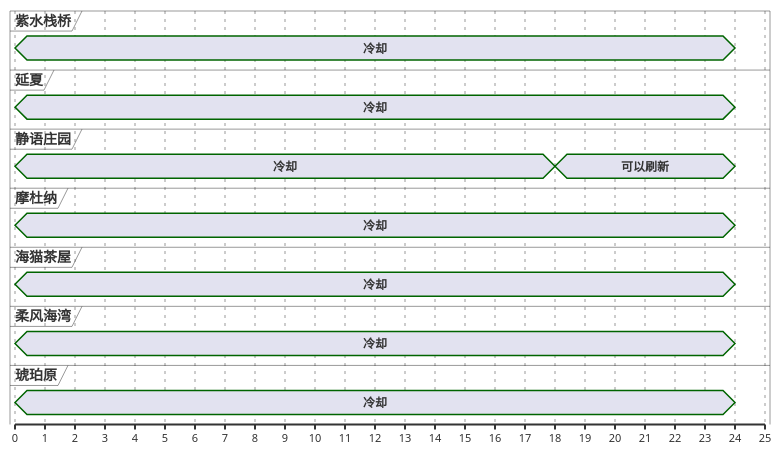
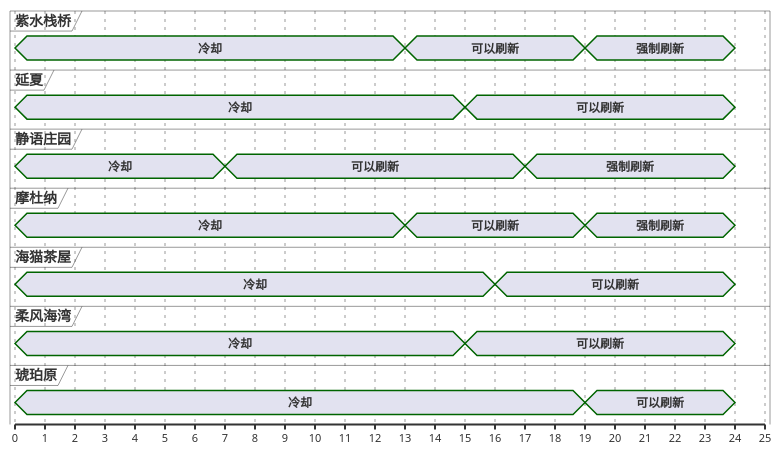
Before and after one commit to Eroleice/doc-pi: the third of 13 diagrams in ffxiv/hunt/2.0/Croque-mitaine.md, drawn with PlantUML. The commit also changed other lines of this file and 38 other files, not shown here.

````diff
--- a/ffxiv/hunt/2.0/Croque-mitaine.md
+++ b/ffxiv/hunt/2.0/Croque-mitaine.md
@@ -136,43 +157,52 @@
 ```plantuml
 @startuml
 scale 1 as 30 pixels
 
 concise 紫水栈桥
 concise 延夏
 concise 静语庄园
 concise 摩杜纳
 concise 海猫茶屋
 concise 柔风海湾
 concise 琥珀原
 
 @静语庄园
 0 is 冷却
-18 is 可以刷新
+7 is 可以刷新
+17 is 强制刷新
 24 is {hidden}
 
 @摩杜纳
 0 is 冷却
+13 is 可以刷新
+19 is 强制刷新
 24 is {hidden}
 
 @紫水栈桥
 0 is 冷却
+13 is 可以刷新
+19 is 强制刷新
 24 is {hidden}
 
 @延夏
 0 is 冷却
+15 is 可以刷新
 24 is {hidden}
 
 @柔风海湾
 0 is 冷却
+15 is 可以刷新
 24 is {hidden}
 
 @海猫茶屋
 0 is 冷却
+16 is 可以刷新
 24 is {hidden}
 
 @琥珀原
 0 is 冷却
+19 is 可以刷新
 24 is {hidden}
 
 @enduml
 ```
````
